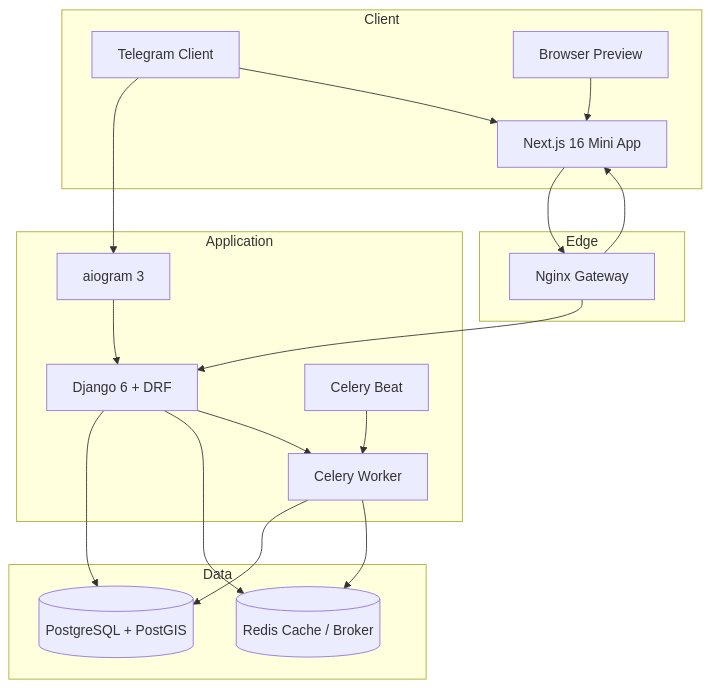
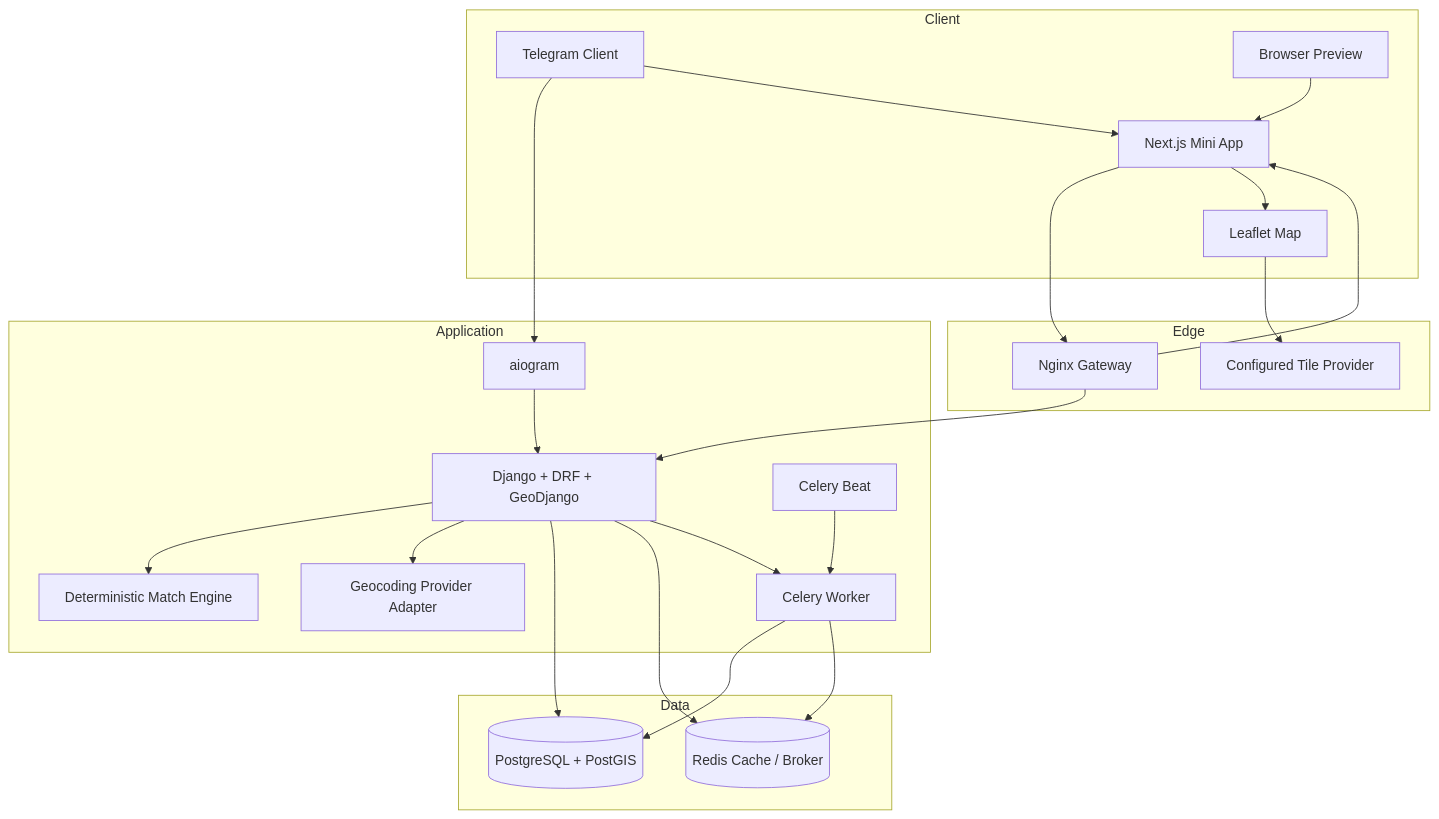
The first of 3 diagrams in docs/architecture.md (Ke1fosao/FlatHunter-AI), drawn with Mermaid before and after one commit. The commit also changed other lines of this file, not shown here.

Commit message:
docs: update architecture through Stage 6

````diff
--- a/docs/architecture.md
+++ b/docs/architecture.md
@@ -14,38 +16,46 @@
 ```mermaid
 flowchart TB
     subgraph Client
       Telegram[Telegram Client]
       Browser[Browser Preview]
-      MiniApp[Next.js 16 Mini App]
+      MiniApp[Next.js Mini App]
+      Leaflet[Leaflet Map]
     end
 
     subgraph Edge
       Gateway[Nginx Gateway]
+      Tiles[Configured Tile Provider]
     end
 
     subgraph Application
-      API[Django 6 + DRF]
-      Bot[aiogram 3]
+      API[Django + DRF + GeoDjango]
+      Bot[aiogram]
       Worker[Celery Worker]
       Beat[Celery Beat]
+      Geocoder[Geocoding Provider Adapter]
+      Matcher[Deterministic Match Engine]
     end
 
     subgraph Data
       PostgreSQL[(PostgreSQL + PostGIS)]
       Redis[(Redis Cache / Broker)]
     end
 
     Telegram --> Bot
     Telegram --> MiniApp
     Browser --> MiniApp
     MiniApp --> Gateway
     Gateway --> API
     Gateway --> MiniApp
+    MiniApp --> Leaflet
+    Leaflet --> Tiles
     Bot --> API
+    API --> Matcher
+    API --> Geocoder
     API --> PostgreSQL
     API --> Redis
     API --> Worker
     Beat --> Worker
     Worker --> PostgreSQL
     Worker --> Redis
 ```
````
